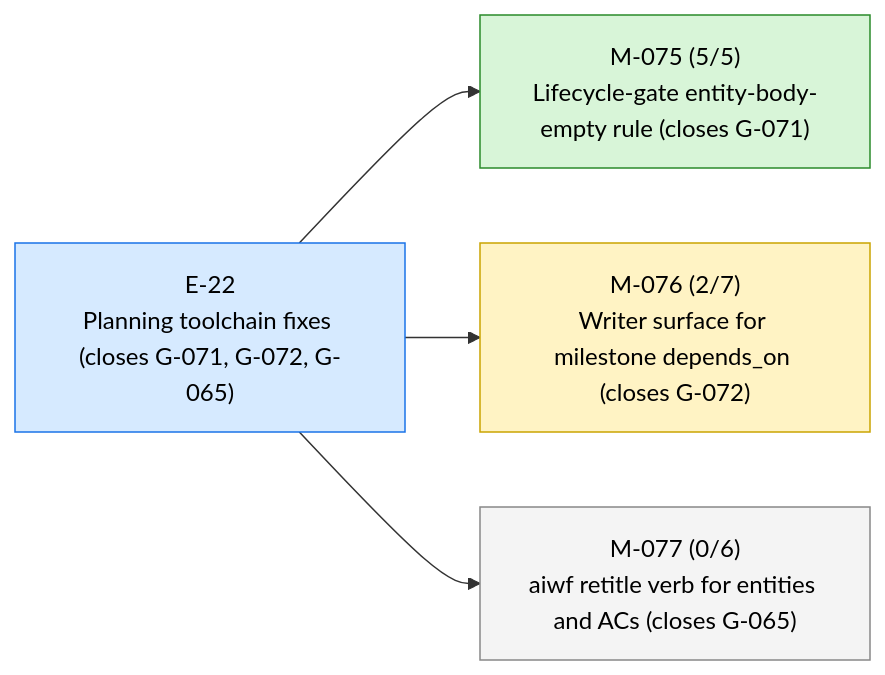
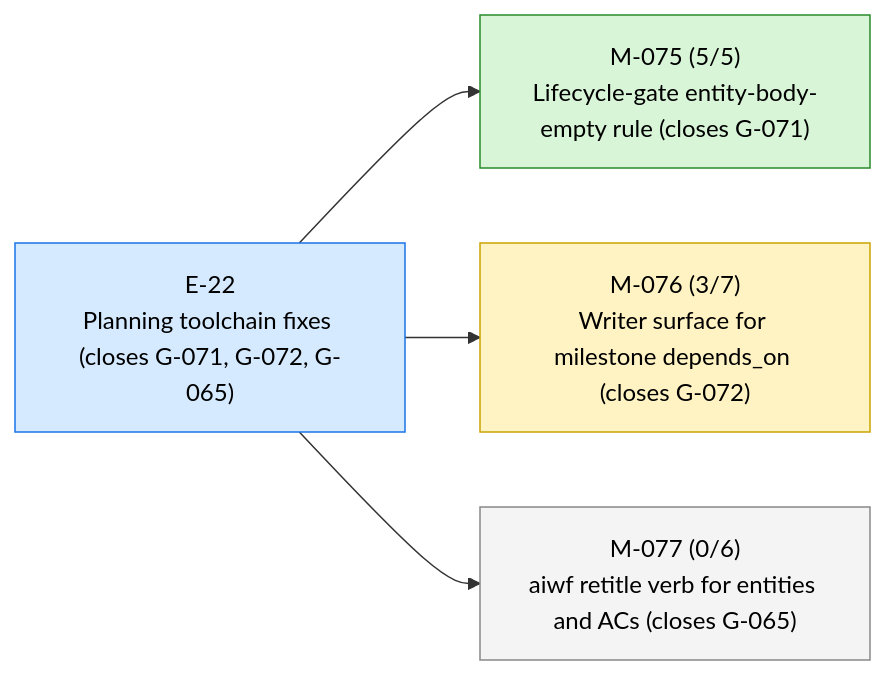
Before and after one commit to 23min/aiwf: the first of 3 diagrams in STATUS.md, drawn with Mermaid. The commit also changed other lines of this file and 1 other file, not shown here.

````diff
--- a/STATUS.md
+++ b/STATUS.md
@@ -13,16 +13,16 @@
 ```mermaid
 flowchart LR
   E_22["E-22<br/>Planning toolchain fixes (closes G-071, G-072, G-065)"]:::epic_active
   M_075["M-075 (5/5)<br/>Lifecycle-gate entity-body-empty rule (closes G-071)"]:::ms_done
   E_22 --> M_075
-  M_076["M-076 (2/7)<br/>Writer surface for milestone depends_on (closes G-072)"]:::ms_in_progress
+  M_076["M-076 (3/7)<br/>Writer surface for milestone depends_on (closes G-072)"]:::ms_in_progress
   E_22 --> M_076
   M_077["M-077 (0/6)<br/>aiwf retitle verb for entities and ACs (closes G-065)"]:::ms_draft
   E_22 --> M_077
   classDef epic_active fill:#d6eaff,stroke:#1a73e8,color:#000
   classDef epic_proposed fill:#f4f4f4,stroke:#888,color:#000
   classDef ms_done fill:#d8f5d8,stroke:#2a8a2a,color:#000
   classDef ms_in_progress fill:#fff3c4,stroke:#caa400,color:#000
   classDef ms_draft fill:#f4f4f4,stroke:#888,color:#000
   classDef ms_cancelled fill:#fbeaea,stroke:#c33,color:#000
 ```
````
